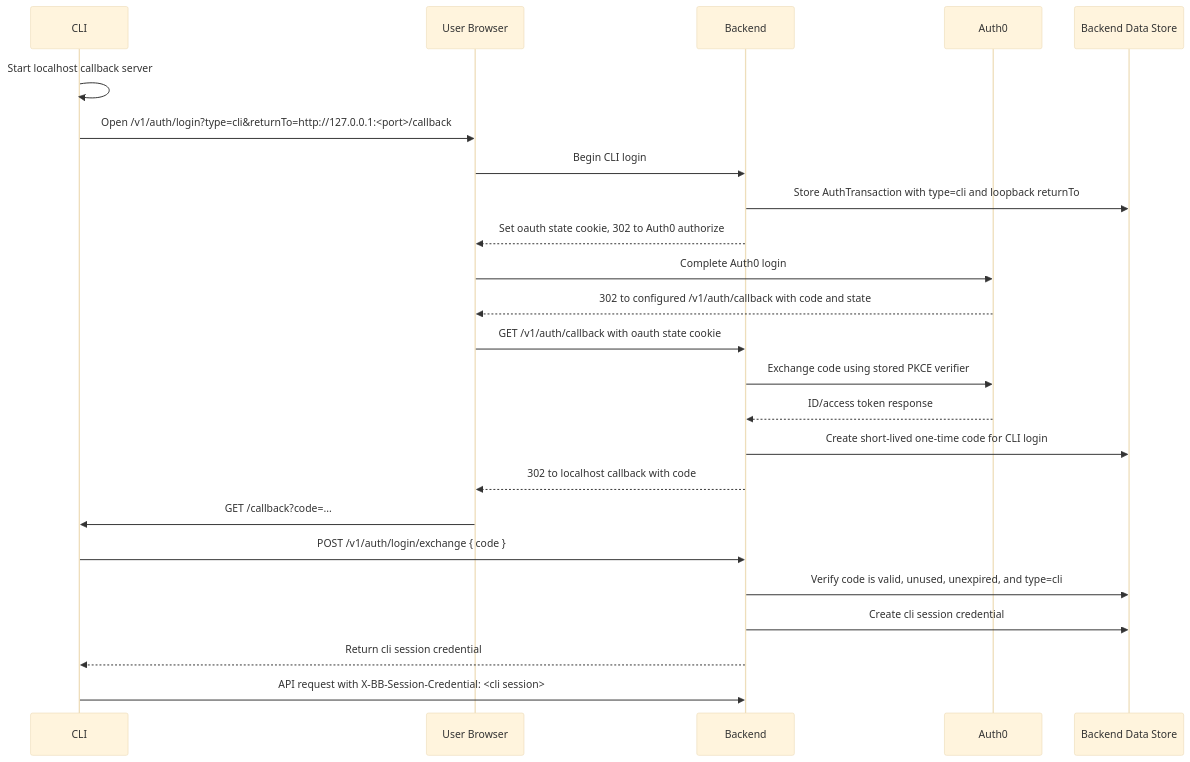
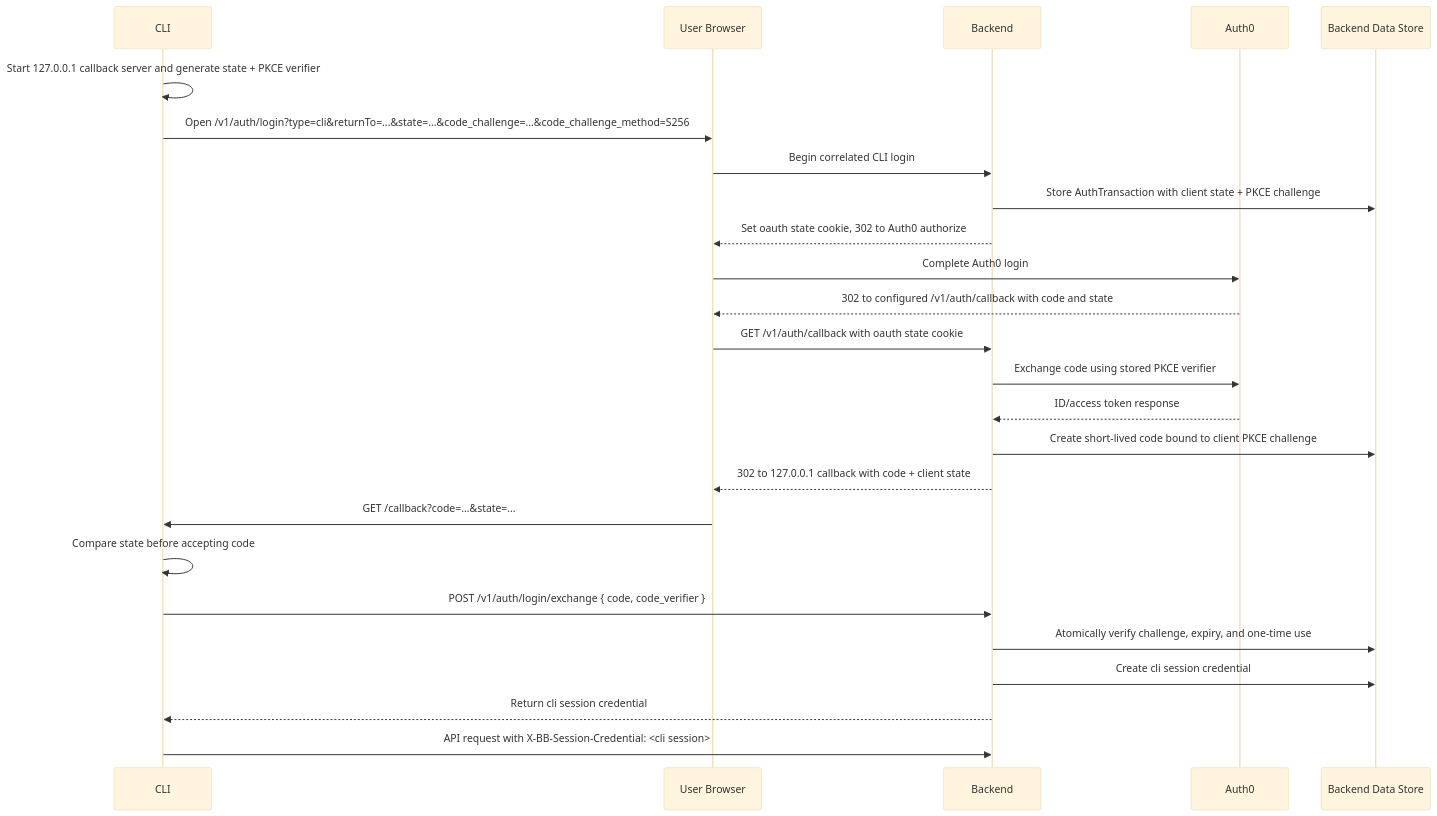
Before and after one commit to block/berd: the diagram in bb-cli/docs/bb-auth-flow.md, drawn with Mermaid (base theme). The commit also changed other lines of this file and 6 other files, not shown here.

````diff
--- a/bb-cli/docs/bb-auth-flow.md
+++ b/bb-cli/docs/bb-auth-flow.md
@@ -5,27 +5,28 @@
 ```mermaid
 sequenceDiagram
     participant CLI
     participant Browser as User Browser
     participant Backend
     participant Auth0
     participant Store as Backend Data Store
 
-    CLI->>CLI: Start localhost callback server
-    CLI->>Browser: Open /v1/auth/login?type=cli&returnTo=http://127.0.0.1:<port>/callback
-    Browser->>Backend: Begin CLI login
-    Backend->>Store: Store AuthTransaction with type=cli and loopback returnTo
+    CLI->>CLI: Start 127.0.0.1 callback server and generate state + PKCE verifier
+    CLI->>Browser: Open /v1/auth/login?type=cli&returnTo=...&state=...&code_challenge=...&code_challenge_method=S256
+    Browser->>Backend: Begin correlated CLI login
+    Backend->>Store: Store AuthTransaction with client state + PKCE challenge
     Backend-->>Browser: Set oauth state cookie, 302 to Auth0 authorize
     Browser->>Auth0: Complete Auth0 login
     Auth0-->>Browser: 302 to configured /v1/auth/callback with code and state
     Browser->>Backend: GET /v1/auth/callback with oauth state cookie
     Backend->>Auth0: Exchange code using stored PKCE verifier
     Auth0-->>Backend: ID/access token response
-    Backend->>Store: Create short-lived one-time code for CLI login
-    Backend-->>Browser: 302 to localhost callback with code
-    Browser->>CLI: GET /callback?code=...
-    CLI->>Backend: POST /v1/auth/login/exchange { code }
-    Backend->>Store: Verify code is valid, unused, unexpired, and type=cli
+    Backend->>Store: Create short-lived code bound to client PKCE challenge
+    Backend-->>Browser: 302 to 127.0.0.1 callback with code + client state
+    Browser->>CLI: GET /callback?code=...&state=...
+    CLI->>CLI: Compare state before accepting code
+    CLI->>Backend: POST /v1/auth/login/exchange { code, code_verifier }
+    Backend->>Store: Atomically verify challenge, expiry, and one-time use
     Backend->>Store: Create cli session credential
     Backend-->>CLI: Return cli session credential
     CLI->>Backend: API request with X-BB-Session-Credential: <cli session>
 ```
````
